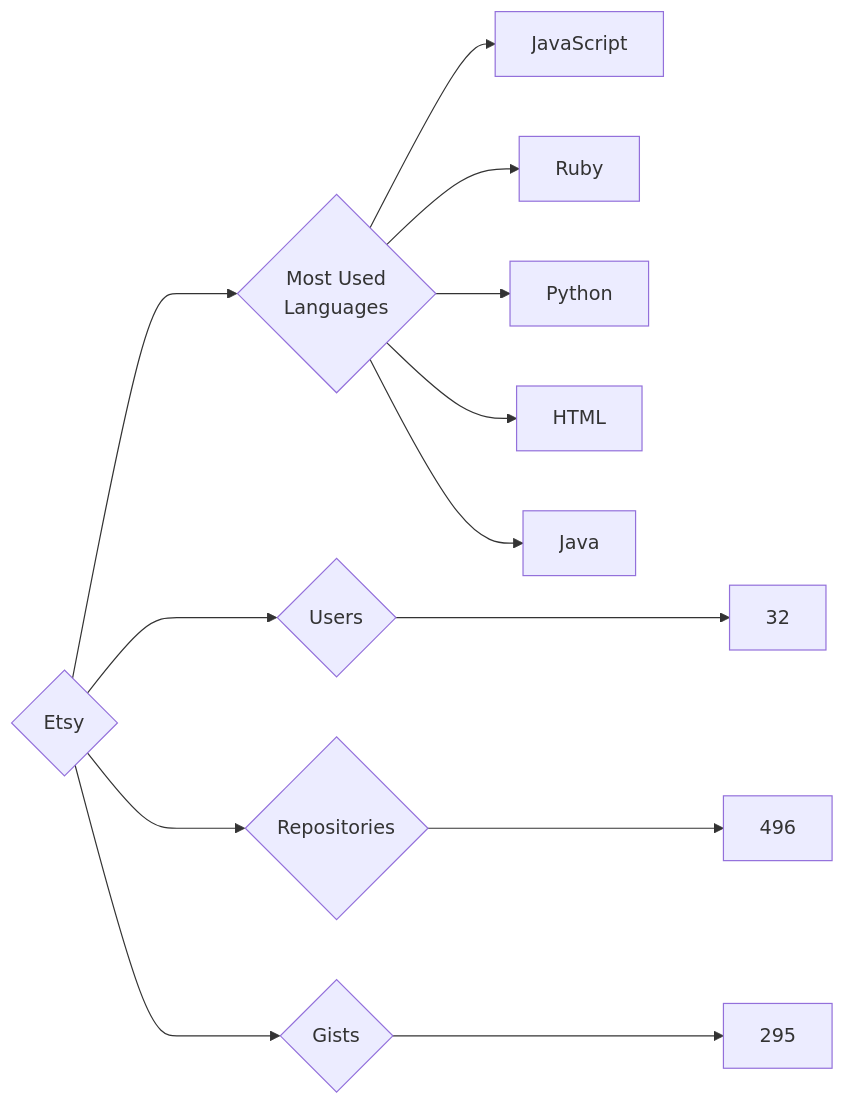
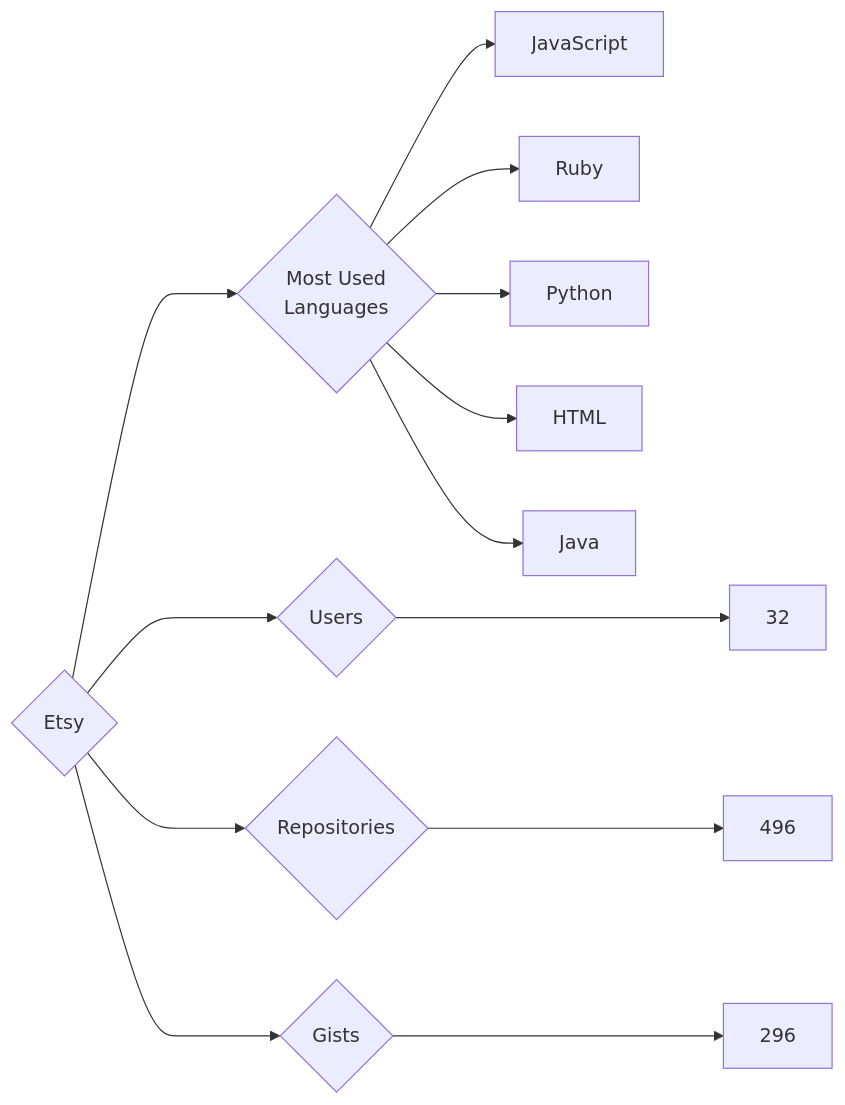
One commit to trickest/insiders changed the diagram in targets/Etsy/README.md. Above: the diagram before and after it, drawn with Mermaid. The commit also changed 594 other files, not shown here.

````diff
--- a/targets/Etsy/README.md
+++ b/targets/Etsy/README.md
@@ -3,13 +3,13 @@
 ```mermaid
 graph LR
 COMPANY_NAME{Etsy}
 COMPANY_NAME ---> U{Users} ---> UN[32]
 COMPANY_NAME ---> R{Repositories} ---> RN[496]
-COMPANY_NAME ---> G{Gists} ---> GN[295]
+COMPANY_NAME ---> G{Gists} ---> GN[296]
 COMPANY_NAME ---> ML{Most Used<br>Languages}
 ML --> JavaScript[JavaScript]
 ML --> Ruby[Ruby]
 ML --> Python[Python]
 ML --> HTML[HTML]
 ML --> Java[Java]
 ```
````
